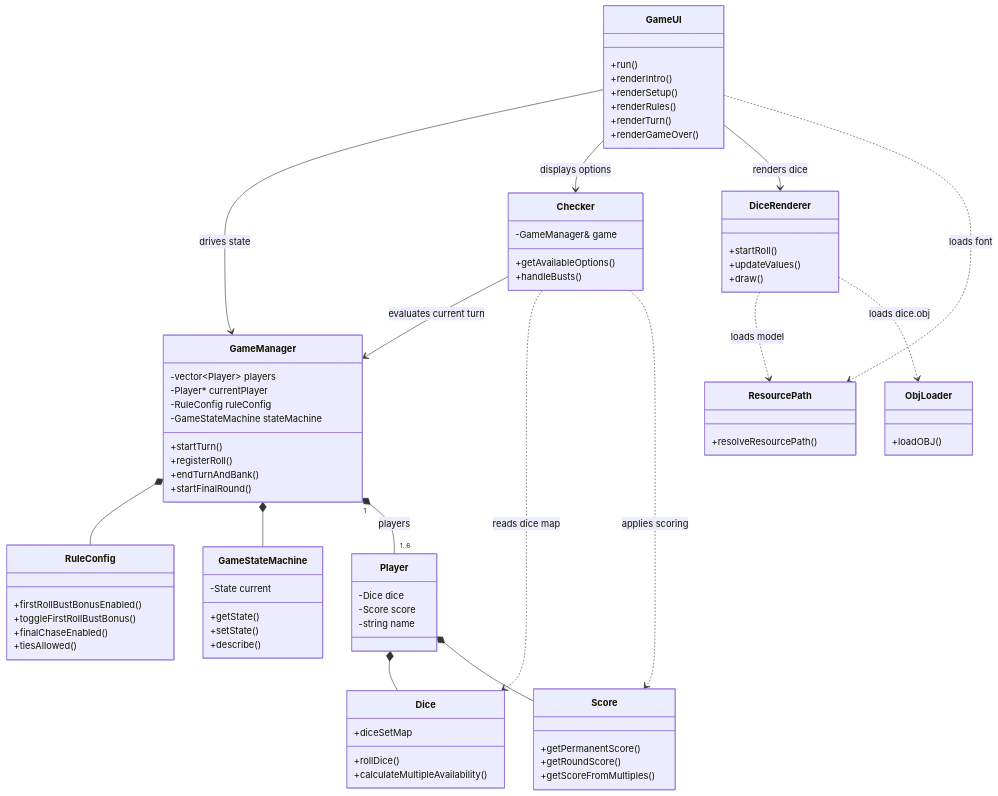
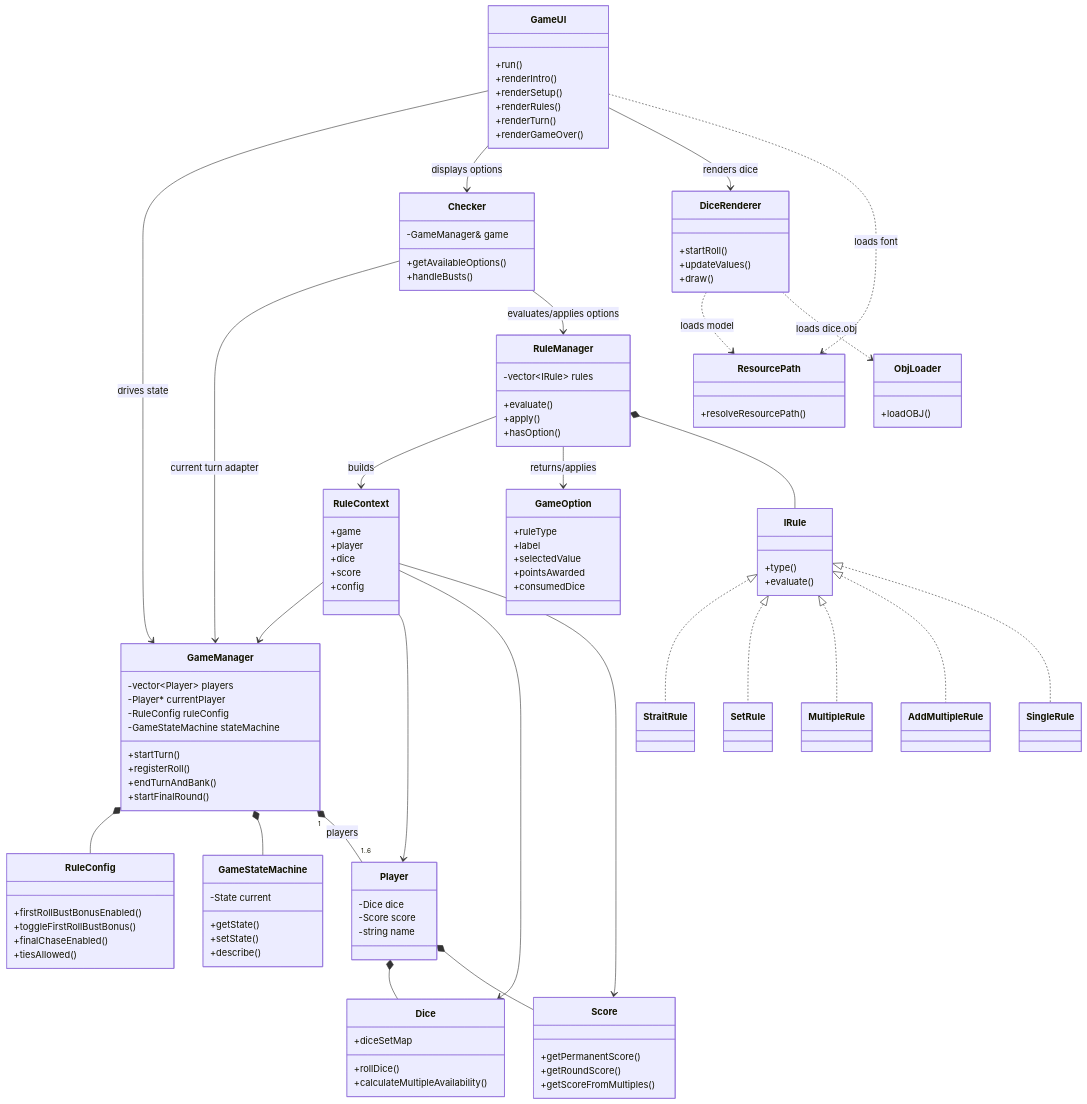
The second of 2 diagrams in README.md (Jacoba1100254352/Zilch), drawn with Mermaid before and after one commit. The commit also changed other lines of this file and 9 other files, not shown here.

Commit message:
Integrate Zilch Basic rule architecture

````diff
--- a/README.md
+++ b/README.md
@@ -90,6 +94,35 @@
         +getAvailableOptions()
         +handleBusts()
     }
+    class RuleManager {
+        -vector~IRule~ rules
+        +evaluate()
+        +apply()
+        +hasOption()
+    }
+    class IRule {
+        +type()
+        +evaluate()
+    }
+    class RuleContext {
+        +game
+        +player
+        +dice
+        +score
+        +config
+    }
+    class GameOption {
+        +ruleType
+        +label
+        +selectedValue
+        +pointsAwarded
+        +consumedDice
+    }
+    class StraitRule
+    class SetRule
+    class MultipleRule
+    class AddMultipleRule
+    class SingleRule
     class Player {
         -Dice dice
         -Score score
@@ -126,9 +159,20 @@
     GameManager "1" *-- "1..6" Player : players
     Player *-- Dice
     Player *-- Score
-    Checker --> GameManager : evaluates current turn
-    Checker ..> Dice : reads dice map
-    Checker ..> Score : applies scoring
+    Checker --> GameManager : current turn adapter
+    Checker --> RuleManager : evaluates/applies options
+    RuleManager --> RuleContext : builds
+    RuleManager --> GameOption : returns/applies
+    RuleManager *-- IRule
+    IRule <|.. StraitRule
+    IRule <|.. SetRule
+    IRule <|.. MultipleRule
+    IRule <|.. AddMultipleRule
+    IRule <|.. SingleRule
+    RuleContext --> GameManager
+    RuleContext --> Player
+    RuleContext --> Dice
+    RuleContext --> Score
     DiceRenderer ..> ResourcePath : loads model
     DiceRenderer ..> ObjLoader : loads dice.obj
 ```
````
